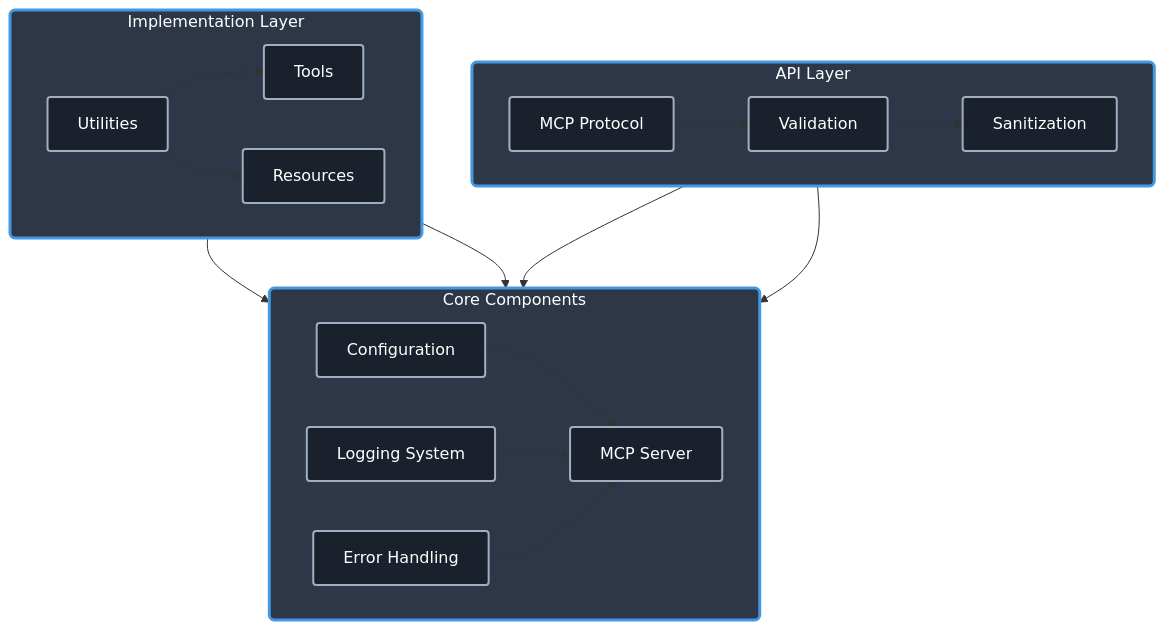
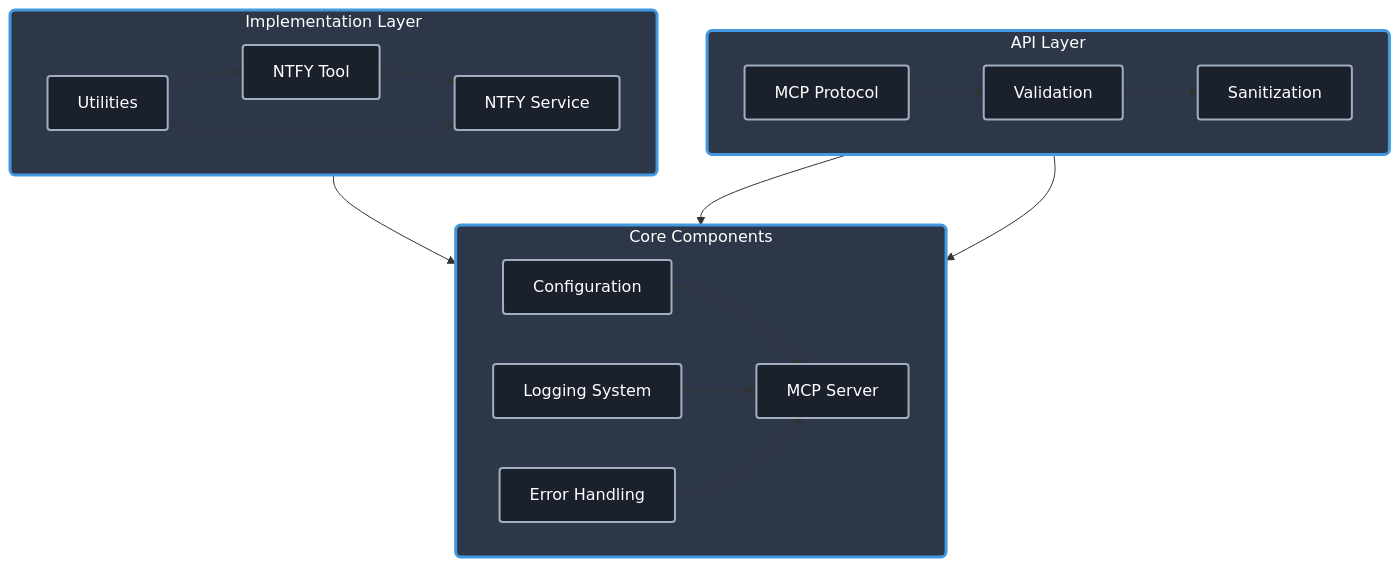
One commit to jlwainwright/ntfy-mcp-server changed the diagram in README.md. Above: the diagram before and after it, drawn with Mermaid. The commit also changed other lines of this file and 14 other files, not shown here.

Commit message:
updated utils/ utilization throughout ntfyTool and services/ntfy

````diff
--- a/README.md
+++ b/README.md
@@ -67,43 +66,43 @@
 ```mermaid
 flowchart TB
     subgraph API["API Layer"]
         direction LR
         MCP["MCP Protocol"]
         Val["Validation"]
         San["Sanitization"]
 
         MCP --> Val --> San
     end
 
     subgraph Core["Core Components"]
         direction LR
         Config["Configuration"]
         Logger["Logging System"]
         Error["Error Handling"]
         Server["MCP Server"]
 
         Config --> Server
         Logger --> Server
         Error --> Server
     end
 
     subgraph Implementation["Implementation Layer"]
         direction LR
-        Tool["Tools"]
-        Resource["Resources"]
+        NtfyTool["NTFY Tool"]
+        NtfyService["NTFY Service"]
         Util["Utilities"]
 
-        Tool --> Server
-        Resource --> Server
-        Util --> Tool
-        Util --> Resource
+        NtfyTool --> Server
+        NtfyTool --> NtfyService
+        Util --> NtfyTool
+        Util --> NtfyService
     end
 
     San --> Config
     San --> Server
 
     classDef layer fill:#2d3748,stroke:#4299e1,stroke-width:3px,rx:5,color:#fff
     classDef component fill:#1a202c,stroke:#a0aec0,stroke-width:2px,rx:3,color:#fff
     class API,Core,Implementation layer
-    class MCP,Val,San,Config,Logger,Error,Server,Tool,Resource,Util component
+    class MCP,Val,San,Config,Logger,Error,Server,NtfyTool,NtfyService,Util component
 ```
````
